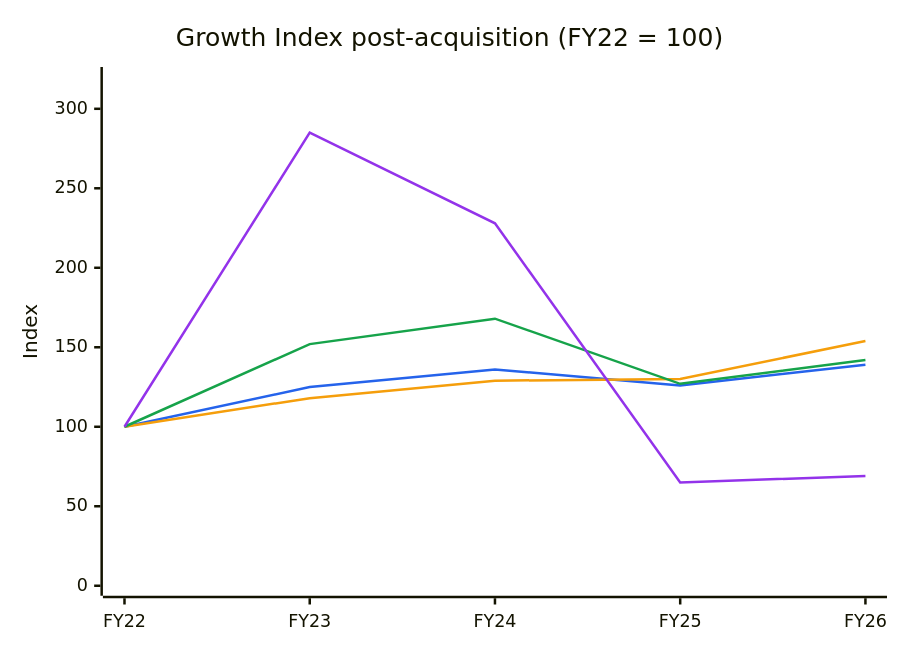
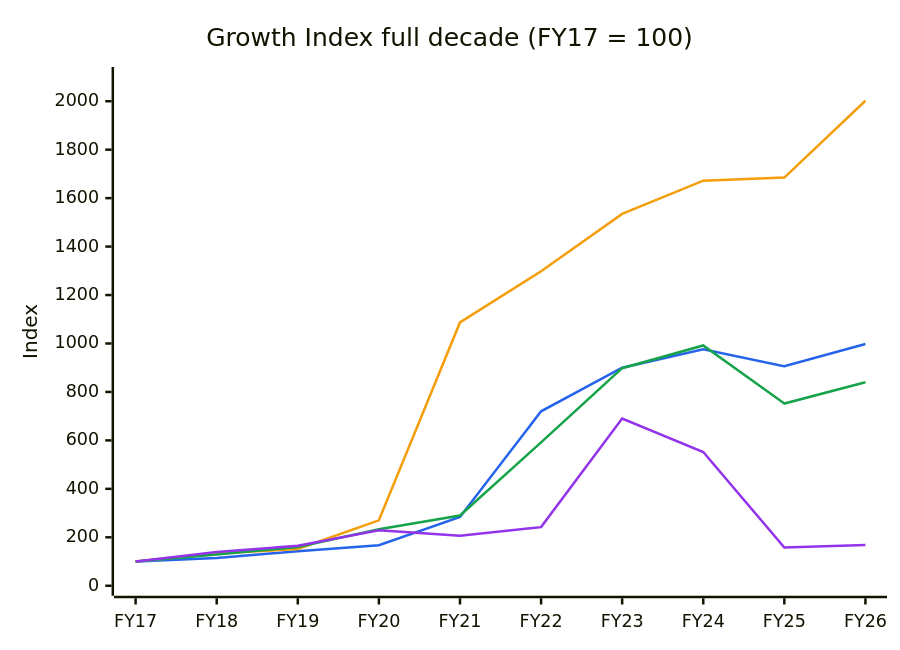
One commit to Anubhavsingh13/Stock-Analysis changed the first of 19 diagrams in GMMPFAUDLR_GMMPfaudler_2026-10-14.md. Above: the diagram before and after it, drawn with Mermaid. The commit also changed other lines of this file, not shown here.

````diff
--- a/GMMPFAUDLR_GMMPfaudler_2026-10-14.md
+++ b/GMMPFAUDLR_GMMPfaudler_2026-10-14.md
@@ -75,11 +90,11 @@
 ```mermaid
 %%{init: {"themeVariables": {"xyChart": {"plotColorPalette": "#2563eb, #f59e0b, #16a34a, #9333ea"}}}}%%
 xychart-beta
-    title "Growth Index post-acquisition (FY22 = 100)"
-    x-axis [FY22, FY23, FY24, FY25, FY26]
-    y-axis "Index" 0 --> 320
-    line [100, 125, 136, 126, 139]
-    line [100, 118, 129, 130, 154]
-    line [100, 152, 168, 127, 142]
-    line [100, 285, 228, 65, 69]
+    title "Growth Index full decade (FY17 = 100)"
+    x-axis [FY17, FY18, FY19, FY20, FY21, FY22, FY23, FY24, FY25, FY26]
+    y-axis "Index" 0 --> 2100
+    line [100, 115, 142, 167, 284, 720, 900, 976, 906, 998]
+    line [100, 133, 152, 270, 1087, 1298, 1535, 1672, 1685, 2002]
+    line [100, 129, 160, 233, 290, 592, 898, 992, 752, 840]
+    line [100, 139, 165, 229, 206, 242, 690, 552, 158, 168]
 ```
````
